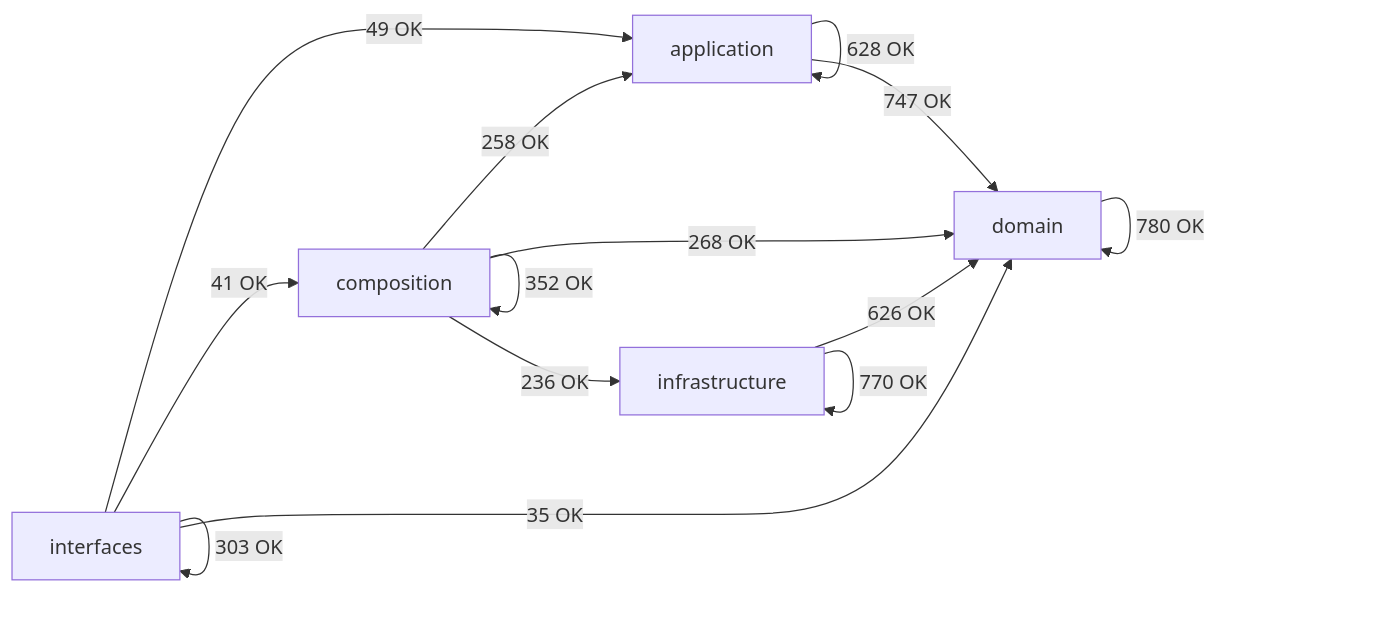
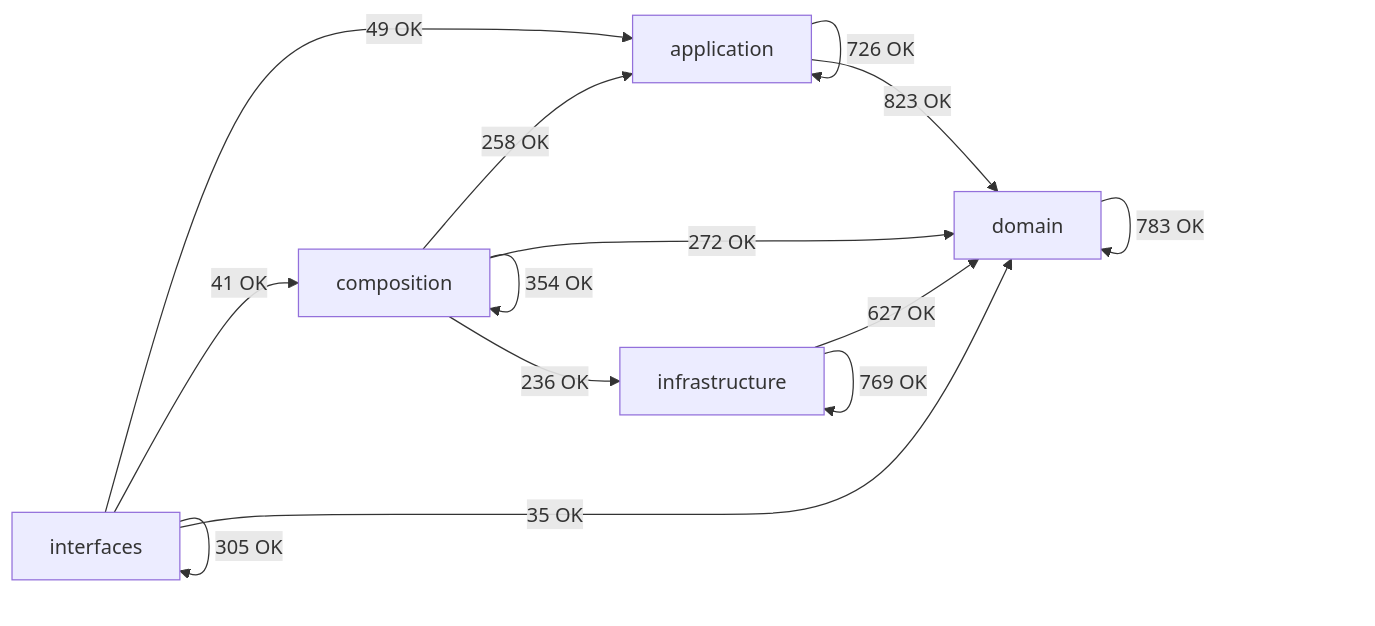
The diagram in docs/02-architecture/generated/module-dependency-map.md (SatoryKono/BioactivityDataAcquisition), drawn with Mermaid before and after one commit. The commit also changed other lines of this file and 211 other files, not shown here.

````diff
--- a/docs/02-architecture/generated/module-dependency-map.md
+++ b/docs/02-architecture/generated/module-dependency-map.md
@@ -17,21 +17,21 @@
 ```mermaid
 flowchart LR
     domain[domain]
     application[application]
     infrastructure[infrastructure]
     composition[composition]
     interfaces[interfaces]
-    application -->|628 OK| application
-    application -->|747 OK| domain
+    application -->|726 OK| application
+    application -->|823 OK| domain
     composition -->|258 OK| application
-    composition -->|352 OK| composition
-    composition -->|268 OK| domain
+    composition -->|354 OK| composition
+    composition -->|272 OK| domain
     composition -->|236 OK| infrastructure
-    domain -->|780 OK| domain
-    infrastructure -->|626 OK| domain
-    infrastructure -->|770 OK| infrastructure
+    domain -->|783 OK| domain
+    infrastructure -->|627 OK| domain
+    infrastructure -->|769 OK| infrastructure
     interfaces -->|49 OK| application
     interfaces -->|41 OK| composition
     interfaces -->|35 OK| domain
-    interfaces -->|303 OK| interfaces
+    interfaces -->|305 OK| interfaces
 ```
````
